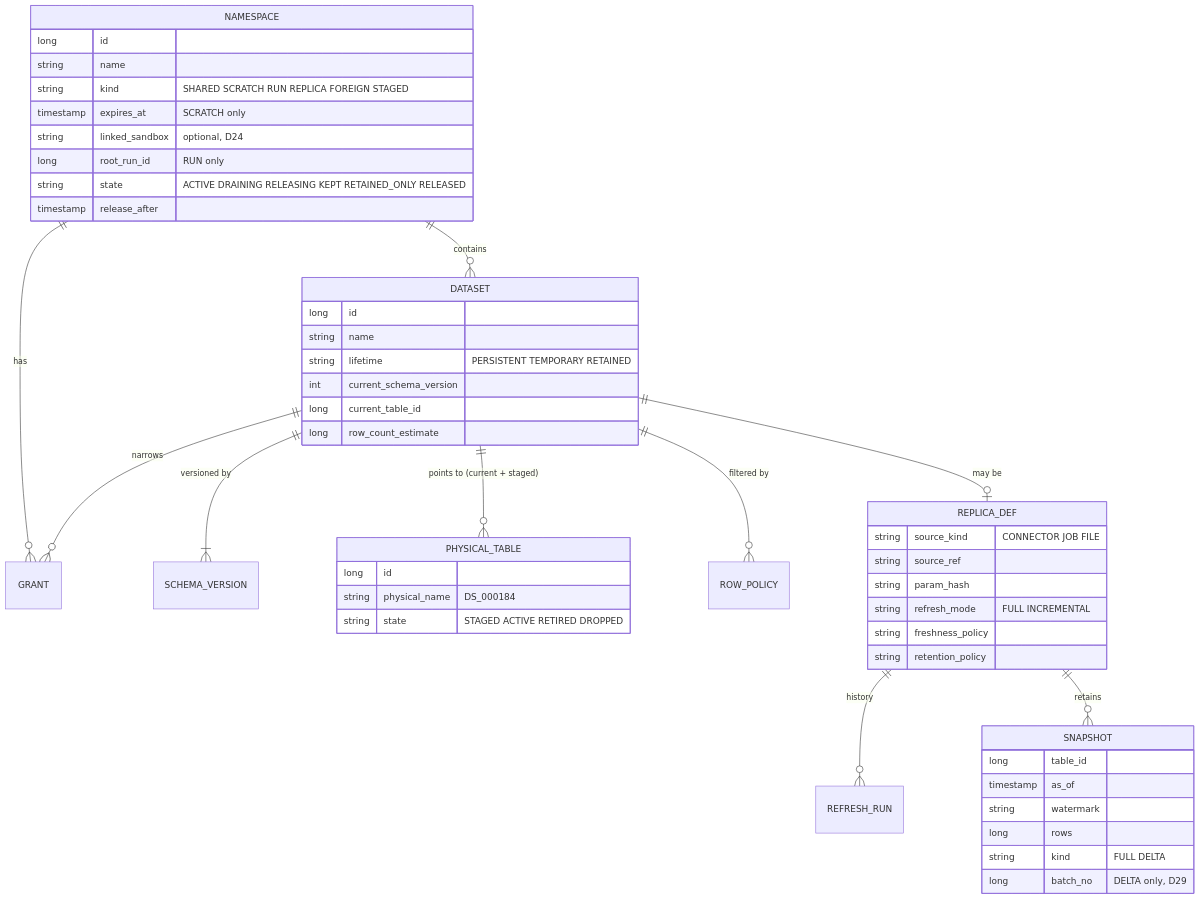
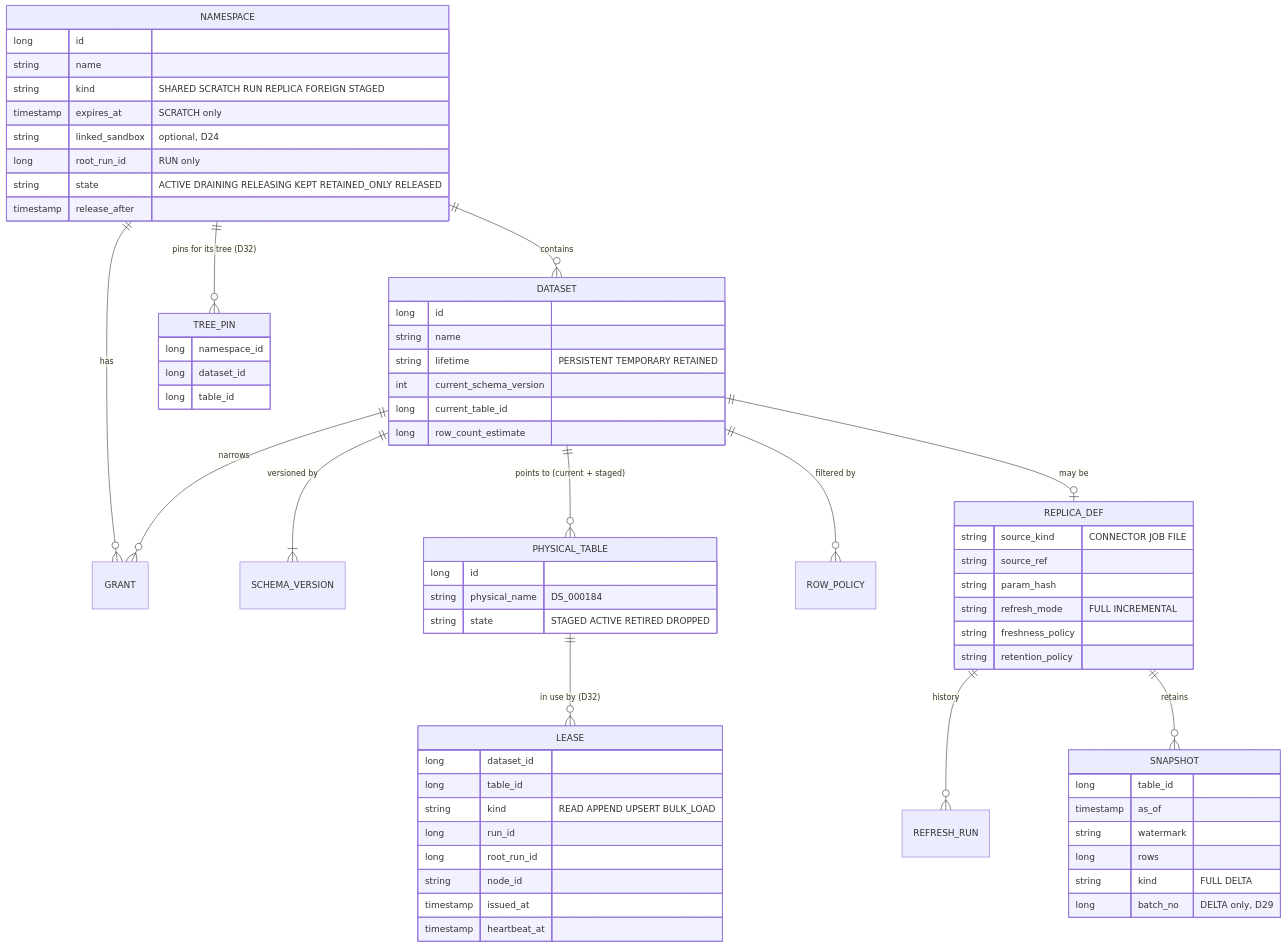
Before and after one commit to dpavlis/clover-datastore: the diagram in spec/06-namespaces.md, drawn with Mermaid. The commit also changed other lines of this file and 5 other files, not shown here.

First line of the commit message:
Propose D32: lease registry and per-tree pins

````diff
--- a/spec/06-namespaces.md
+++ b/spec/06-namespaces.md
@@ -42,51 +42,68 @@
 ```mermaid
 erDiagram
   NAMESPACE ||--o{ DATASET : contains
   NAMESPACE ||--o{ GRANT : "has"
   DATASET ||--o{ GRANT : "narrows"
   DATASET ||--|{ SCHEMA_VERSION : "versioned by"
   DATASET ||--o{ PHYSICAL_TABLE : "points to (current + staged)"
   DATASET ||--o{ ROW_POLICY : "filtered by"
   DATASET ||--o| REPLICA_DEF : "may be"
+  PHYSICAL_TABLE ||--o{ LEASE : "in use by (D32)"
+  NAMESPACE ||--o{ TREE_PIN : "pins for its tree (D32)"
   REPLICA_DEF ||--o{ REFRESH_RUN : "history"
   REPLICA_DEF ||--o{ SNAPSHOT : "retains"
   NAMESPACE {
     long id
     string name
     string kind "SHARED SCRATCH RUN REPLICA FOREIGN STAGED"
     timestamp expires_at "SCRATCH only"
     string linked_sandbox "optional, D24"
     long root_run_id "RUN only"
     string state "ACTIVE DRAINING RELEASING KEPT RETAINED_ONLY RELEASED"
     timestamp release_after
+  }
+  LEASE {
+    long dataset_id
+    long table_id
+    string kind "READ APPEND UPSERT BULK_LOAD"
+    long run_id
+    long root_run_id
+    string node_id
+    timestamp issued_at
+    timestamp heartbeat_at
+  }
+  TREE_PIN {
+    long namespace_id
+    long dataset_id
+    long table_id
   }
   DATASET {
     long id
     string name
     string lifetime "PERSISTENT TEMPORARY RETAINED"
     int current_schema_version
     long current_table_id
     long row_count_estimate
   }
   PHYSICAL_TABLE {
     long id
     string physical_name "DS_000184"
     string state "STAGED ACTIVE RETIRED DROPPED"
   }
   REPLICA_DEF {
     string source_kind "CONNECTOR JOB FILE"
     string source_ref
     string param_hash
     string refresh_mode "FULL INCREMENTAL"
     string freshness_policy
     string retention_policy
   }
   SNAPSHOT {
     long table_id
     timestamp as_of
     string watermark
     long rows
     string kind "FULL DELTA"
     long batch_no "DELTA only, D29"
   }
 ```
````
